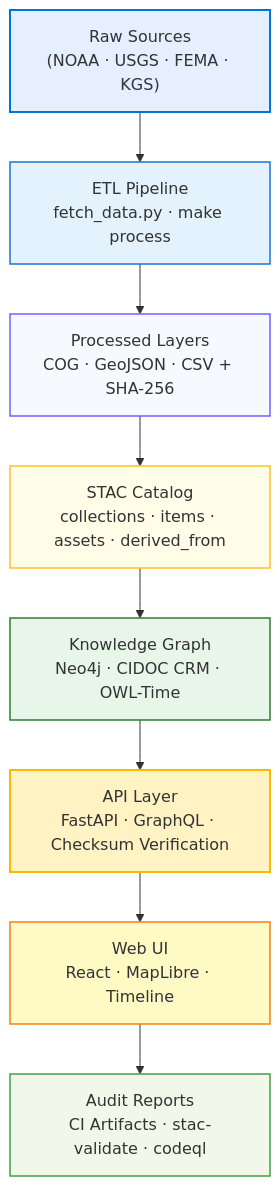
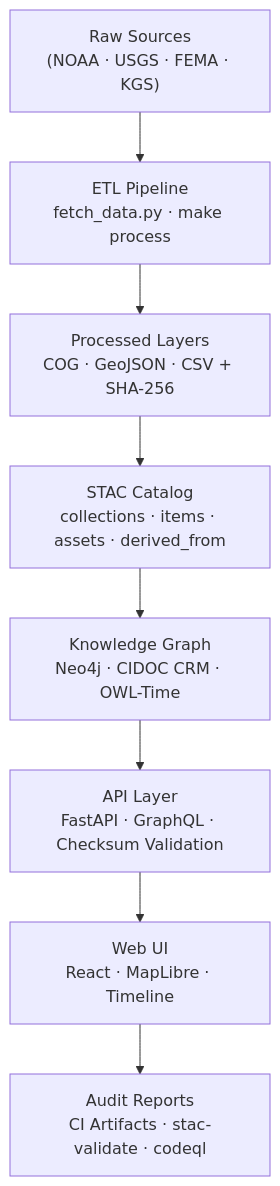
One commit to bartytime4life/Kansas-Frontier-Matrix changed the diagram in docs/design/reviews/architecture/provenance_chain_review.md. Above: the diagram before and after it, drawn with Mermaid. The commit also changed other lines of this file, not shown here.

`````diff
--- a/docs/design/reviews/architecture/provenance_chain_review.md
+++ b/docs/design/reviews/architecture/provenance_chain_review.md
@@ -49,21 +98,10 @@
 ```mermaid
 flowchart TD
   A["Raw Sources\n(NOAA · USGS · FEMA · KGS)"] --> B["ETL Pipeline\nfetch_data.py · make process"]
   B --> C["Processed Layers\nCOG · GeoJSON · CSV + SHA-256"]
   C --> D["STAC Catalog\ncollections · items · assets · derived_from"]
   D --> E["Knowledge Graph\nNeo4j · CIDOC CRM · OWL-Time"]
-  E --> F["API Layer\nFastAPI · GraphQL · Checksum Verification"]
+  E --> F["API Layer\nFastAPI · GraphQL · Checksum Validation"]
   F --> G["Web UI\nReact · MapLibre · Timeline"]
   G --> H["Audit Reports\nCI Artifacts · stac-validate · codeql"]
-
-  style A fill:#E6EFFF,stroke:#0074D9,stroke-width:2px
-  style B fill:#E3F2FD,stroke:#1976D2,stroke-width:1.5px
-  style C fill:#F8F8FF,stroke:#6C63FF,stroke-width:1.5px
-  style D fill:#FFFDE7,stroke:#FBC02D,stroke-width:1.5px
-  style E fill:#E8F5E9,stroke:#2E7D32,stroke-width:1.5px
-  style F fill:#FFF3C4,stroke:#FFB700,stroke-width:2px
-  style G fill:#FFF9C4,stroke:#F57F17,stroke-width:1.5px
-  style H fill:#F1F8E9,stroke:#43A047,stroke-width:1.5px
-
-  %% END OF MERMAID
-````
+```
`````
